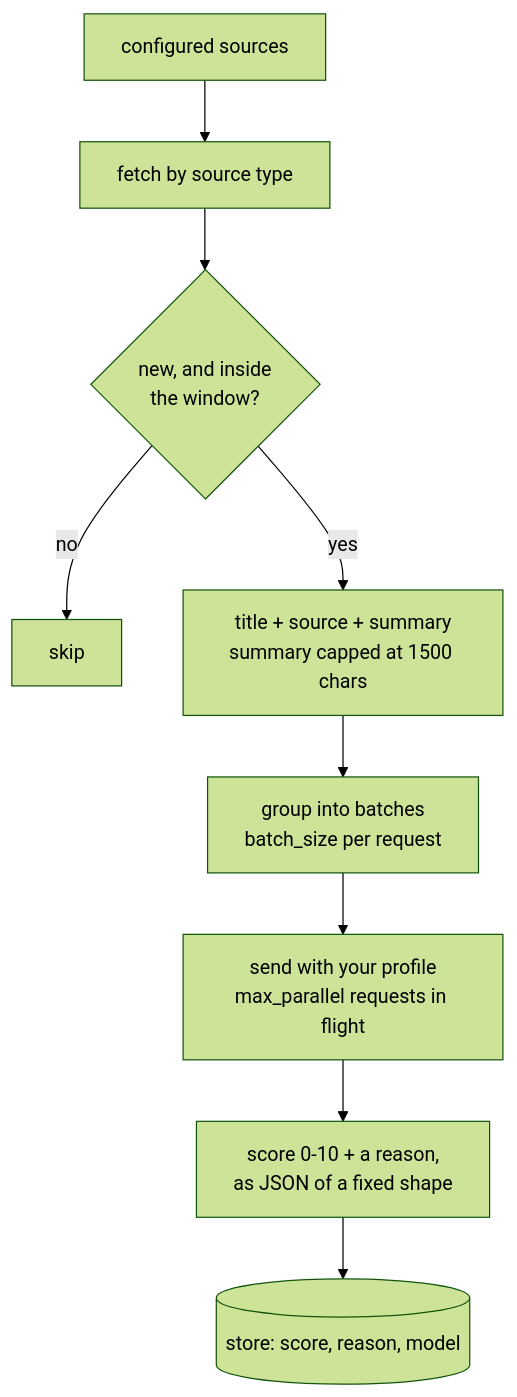
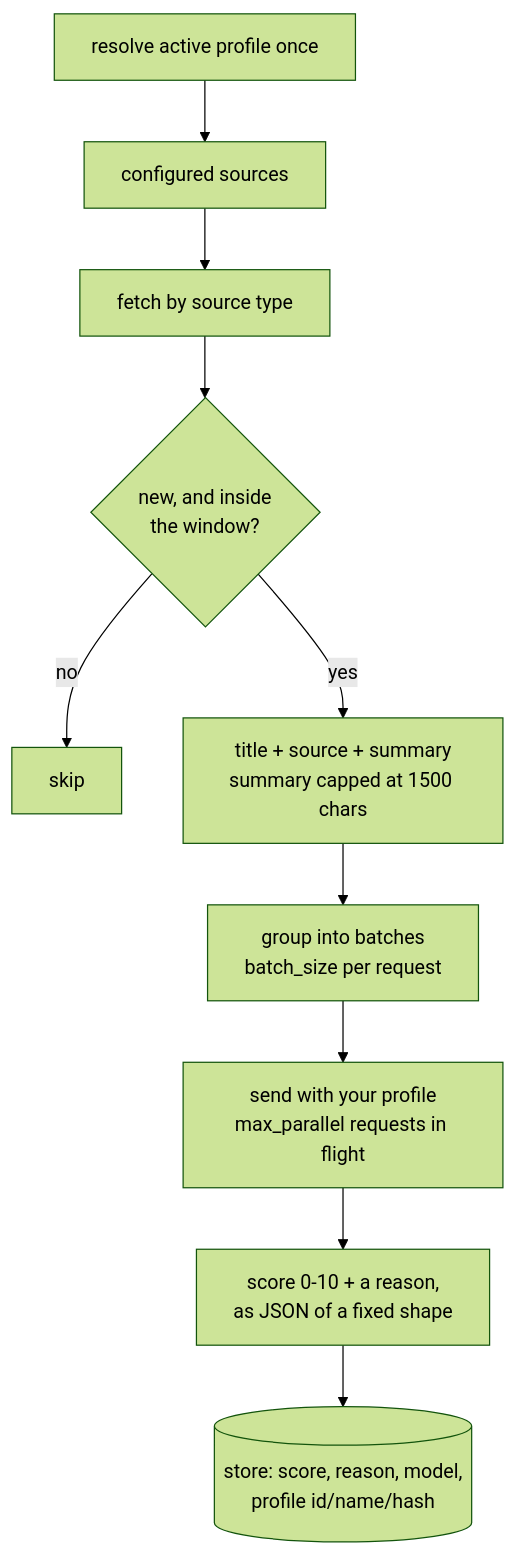
One commit to DanielBlei/rabbithole changed the second of 2 diagrams in docs/architecture.md. Above: the diagram before and after it, drawn with Mermaid (forest theme). The commit also changed other lines of this file and 39 other files, not shown here.

````diff
--- a/docs/architecture.md
+++ b/docs/architecture.md
@@ -46,11 +47,12 @@
 ```mermaid
 flowchart TD
+    P[resolve active profile once] --> A
     A[configured sources] --> B[fetch by source type]
     B --> C{new, and inside<br/>the window?}
     C -- no --> D[skip]
     C -- yes --> E[title + source + summary<br/>summary capped at 1500 chars]
     E --> F[group into batches<br/>batch_size per request]
     F --> G[send with your profile<br/>max_parallel requests in flight]
     G --> H[score 0-10 + a reason,<br/>as JSON of a fixed shape]
-    H --> I[(store: score, reason, model)]
+    H --> I[(store: score, reason, model,<br/>profile id/name/hash)]
 ```
````
